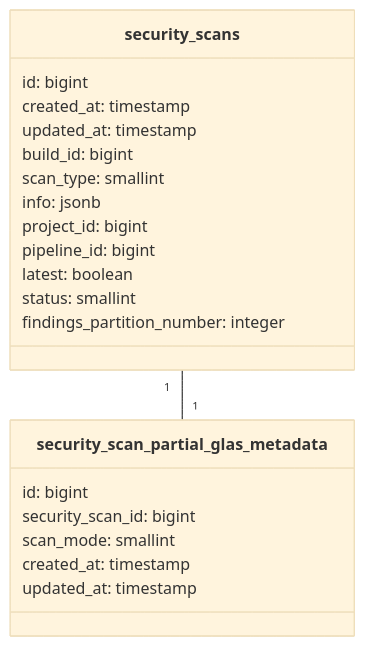
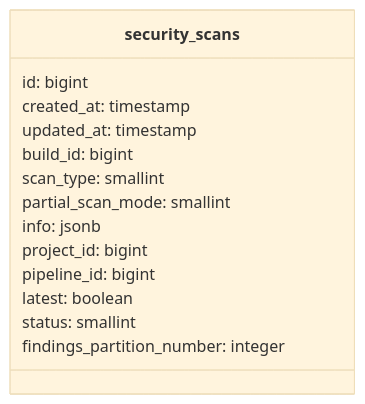
Before and after one commit to zalyoung/gitlab-handbook: the second of 2 diagrams in content/handbook/engineering/architecture/design-documents/sast_glas_diff_scan/_index.md, drawn with Mermaid (base theme). The commit also changed other lines of this file, not shown here.

Commit message:
Update proposal to add partial_scan_mode to security scans table

````diff
--- a/content/handbook/engineering/architecture/design-documents/sast_glas_diff_scan/_index.md
+++ b/content/handbook/engineering/architecture/design-documents/sast_glas_diff_scan/_index.md
@@ -86,26 +86,17 @@
 ```mermaid
 classDiagram
     class security_scans {
         id: bigint
         created_at: timestamp
         updated_at: timestamp
         build_id: bigint
         scan_type: smallint
+        partial_scan_mode: smallint
         info: jsonb
         project_id: bigint
         pipeline_id: bigint
         latest: boolean
         status: smallint
         findings_partition_number: integer
     }
-    
-    class security_scan_partial_glas_metadata {
-        id: bigint
-        security_scan_id: bigint
-        scan_mode: smallint
-        created_at: timestamp
-        updated_at: timestamp
-    }
-    
-    security_scans "1" -- "1" security_scan_partial_glas_metadata
 ```
````
